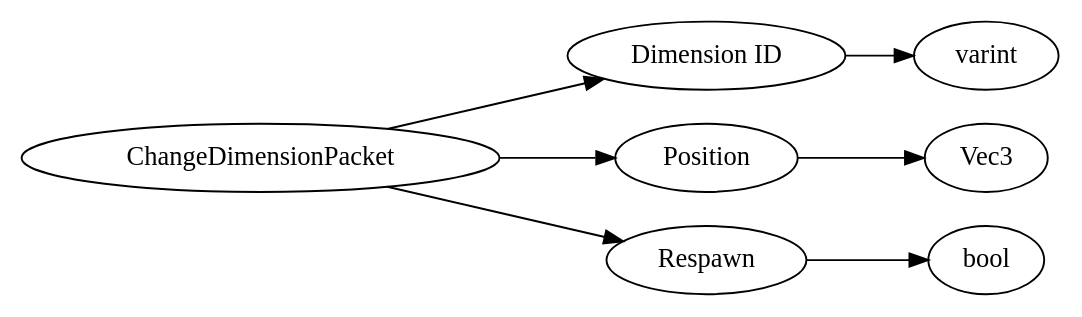
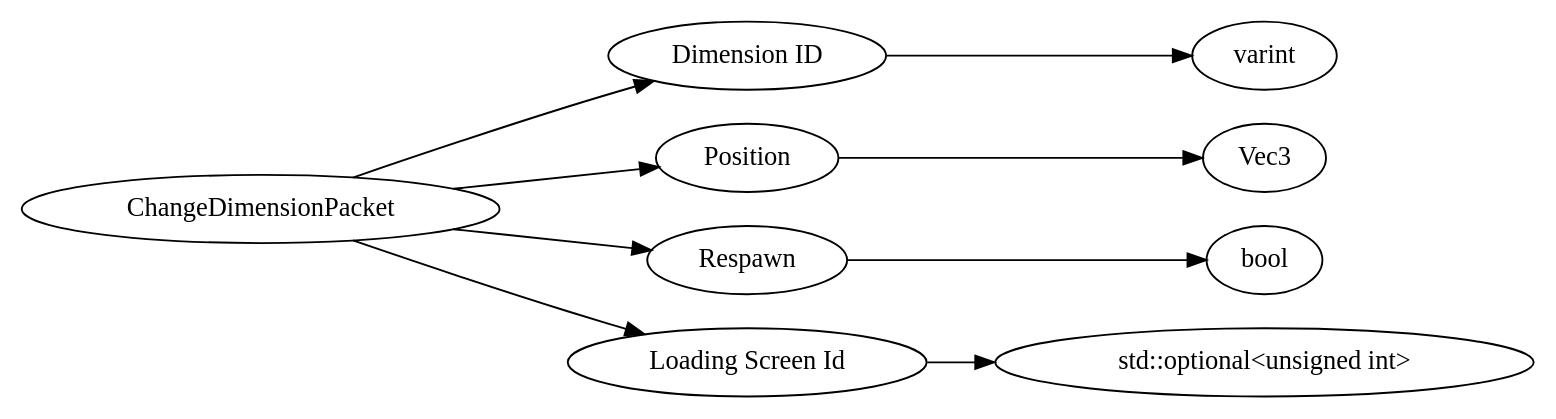
Before and after one commit to MiemieMethod/bedrock-docs-generator: the diagram in assets/protocols/dot/ChangeDimensionPacket.dot, drawn with Graphviz. The commit also changed 712 other files, not shown here.

```diff
--- a/assets/protocols/dot/ChangeDimensionPacket.dot
+++ b/assets/protocols/dot/ChangeDimensionPacket.dot
@@ -1,20 +1,24 @@
 digraph "ChangeDimensionPacket" {
 rankdir = LR
 0
 0 -> 1
 1 -> 2
 0 -> 3
 3 -> 4
 0 -> 5
 5 -> 6
+0 -> 7
+7 -> 8
 
 0 [label="ChangeDimensionPacket",comment="name: \"ChangeDimensionPacket\", typeName: \"\", id: 0, branchId: 61, recurseId: -1, attributes: 0, notes: \"\""];
 1 [label="Dimension ID",comment="name: \"Dimension ID\", typeName: \"\", id: 1, branchId: 0, recurseId: -1, attributes: 0, notes: \"Currently supported: (0 -> Overworld, 1 -> Nether, 2 -> The End, 3 -> Undefined)\""];
 2 [label="varint",comment="name: \"varint\", typeName: \"\", id: 2, branchId: 0, recurseId: -1, attributes: 512, notes: \"\""];
 3 [label="Position",comment="name: \"Position\", typeName: \"Vec3\", id: 3, branchId: 0, recurseId: -1, attributes: 256, notes: \"\""];
 4 [label="Vec3",comment="name: \"Vec3\", typeName: \"\", id: 4, branchId: 0, recurseId: -1, attributes: 512, notes: \"\""];
 5 [label="Respawn",comment="name: \"Respawn\", typeName: \"\", id: 5, branchId: 0, recurseId: -1, attributes: 0, notes: \"\""];
 6 [label="bool",comment="name: \"bool\", typeName: \"\", id: 6, branchId: 0, recurseId: -1, attributes: 512, notes: \"\""];
-{ rank = max;2;4;6}
+7 [label="Loading Screen Id",comment="name: \"Loading Screen Id\", typeName: \"std::optional<unsigned int>\", id: 7, branchId: 0, recurseId: -1, attributes: 256, notes: \"Leave empty if there is no loading screen expected on the client. This id needs to be unique and not conflict with any other active loading screens. This is implemented with an unsigned integer incrementing forever, and that is expected to not have collisions when it wraps around back to 0 if that could be a possibility.\""];
+8 [label="std::optional<unsigned int>",comment="name: \"std::optional<unsigned int>\", typeName: \"\", id: 8, branchId: 0, recurseId: -1, attributes: 512, notes: \"\""];
+{ rank = max;2;4;6;8}
 
 }
```
